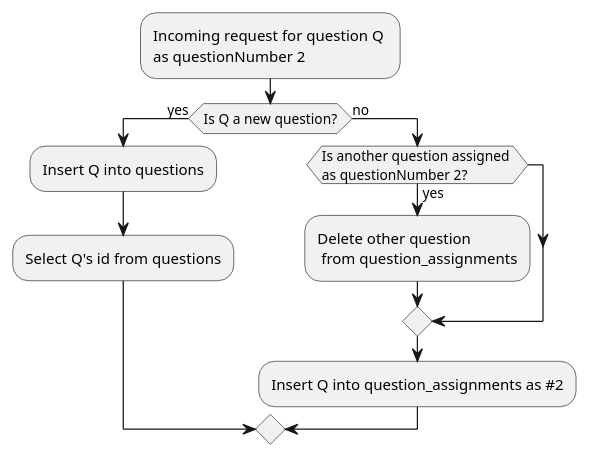
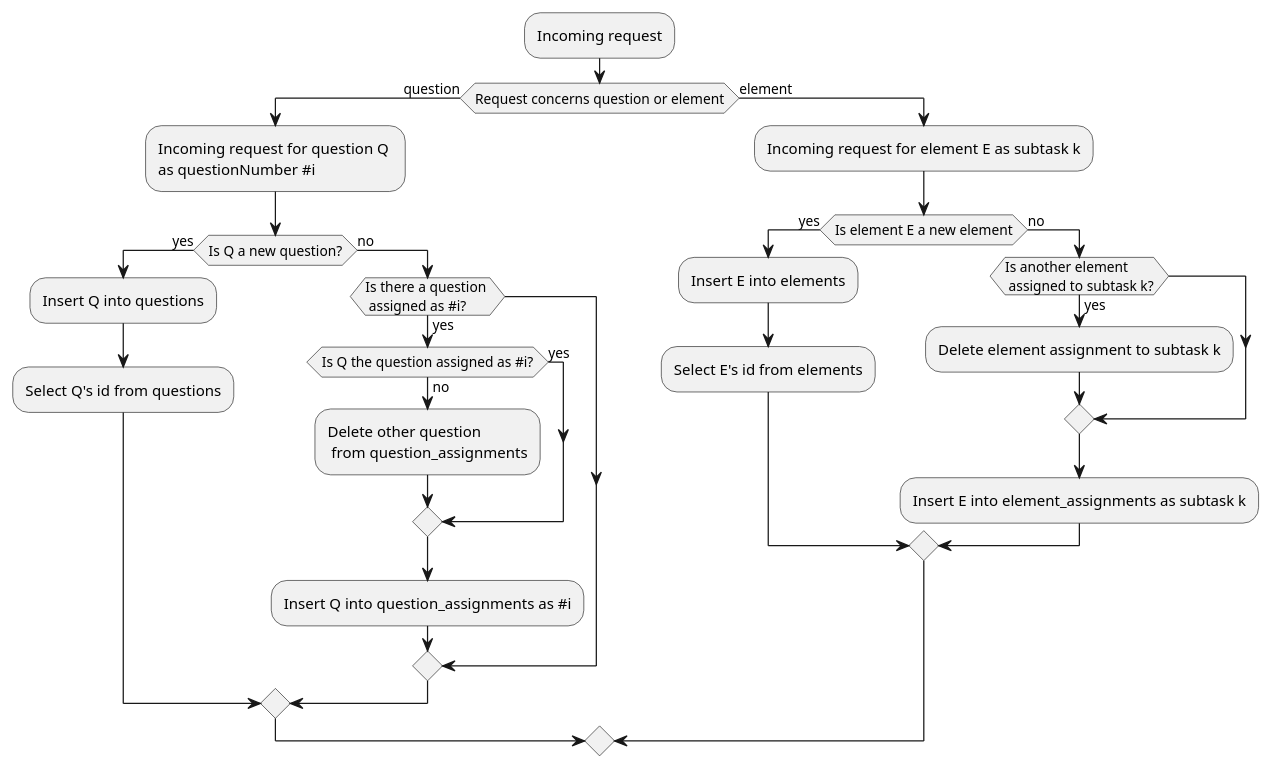
The diagram in docs/question and element actions.puml (AdamSwenson/gom), drawn with PlantUML before and after one commit. The commit also changed other lines of this file, not shown here.

Commit message:
merged in changes from origin/gradeexam. more work on diagram of questiona nd element actions

```diff
--- a/docs/question and element actions.puml
+++ b/docs/question and element actions.puml
@@ -1,14 +1,34 @@
 @startuml
-
-:Incoming request for question Q \nas questionNumber 2;
+:Incoming request;
+If(Request concerns question or element) then (question)
+:Incoming request for question Q \nas questionNumber #i;
 If (Is Q a new question?) then (yes)
     :Insert Q into questions;
     :Select Q's id from questions;
 
 else (no)
-    If(Is another question assigned \nas questionNumber 2?) then (yes)
+    If(Is there a question \n assigned as #i?) then (yes)
+        If(Is Q the question assigned as #i?) then(yes)
+         else(no)
             :Delete other question \n from question_assignments;
         endif
-            :Insert Q into question_assignments as #2;
+            :Insert Q into question_assignments as #i;
+            endif
 endif
+
+else(element)
+:Incoming request for element E as subtask k;
+If(Is element E a new element) then(yes)
+    :Insert E into elements;
+    :Select E's id from elements;
+else(no)
+    If(Is another element \n assigned to subtask k?) then (yes)
+        :Delete element assignment to subtask k;
+        endif
+
+        :Insert E into element_assignments as subtask k;
+    endif
+
+endif
+
 @enduml
```
